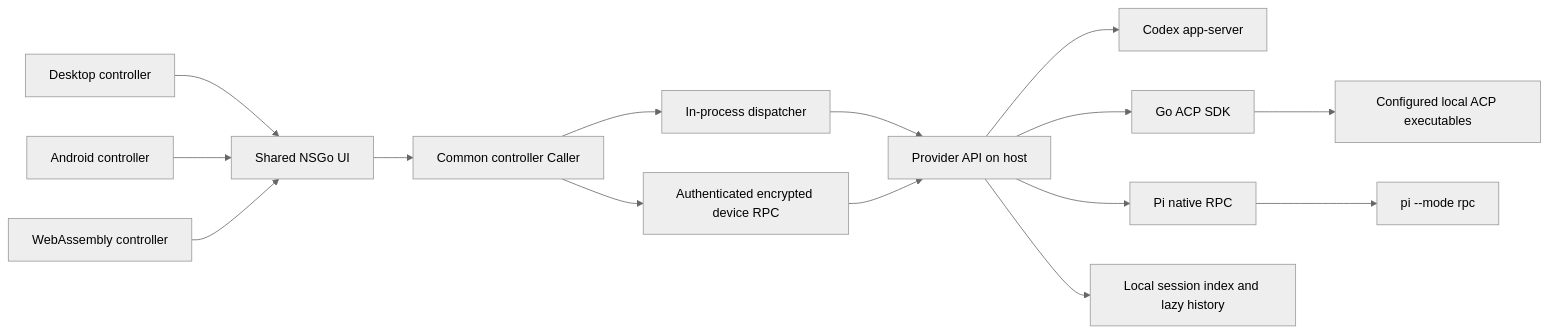
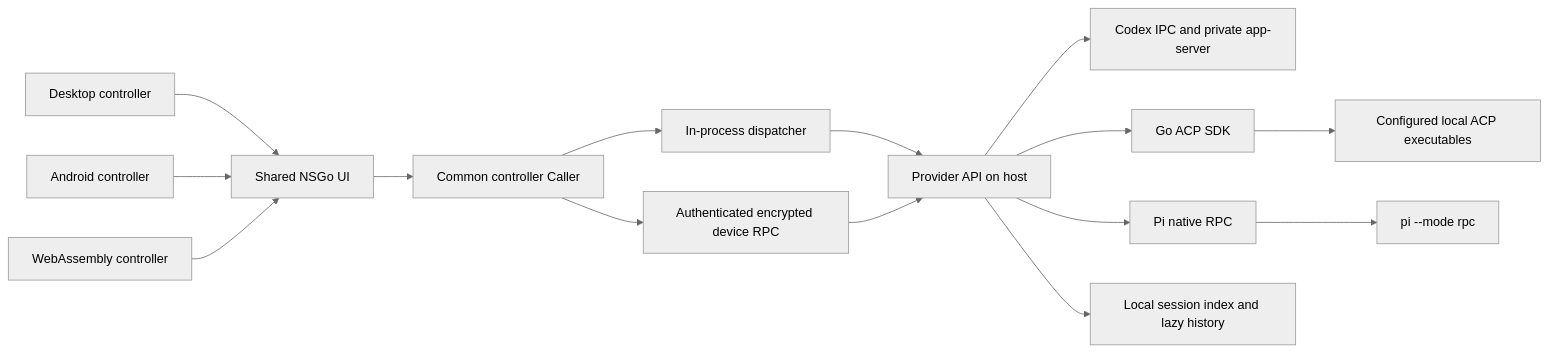
The diagram in docs/platform/agent-providers.md (monkeyWie/reign), drawn with Mermaid (neutral theme) before and after one commit. The commit also changed other lines of this file and 164 other files, not shown here.

````diff
--- a/docs/platform/agent-providers.md
+++ b/docs/platform/agent-providers.md
@@ -22,17 +22,17 @@
 ```mermaid
 flowchart LR
   Desktop[Desktop controller] --> UI[Shared NSGo UI]
   Mobile[Android controller] --> UI
   Web[WebAssembly controller] --> UI
   UI --> Call[Common controller Caller]
   Call --> Local[In-process dispatcher]
   Call --> RPC[Authenticated encrypted device RPC]
   Local --> Providers[Provider API on host]
   RPC --> Providers
-  Providers --> Codex[Codex app-server]
+  Providers --> Codex[Codex IPC and private app-server]
   Providers --> ACP[Go ACP SDK]
   Providers --> Pi[Pi native RPC]
   ACP --> Commands[Configured local ACP executables]
   Pi --> PiCLI[pi --mode rpc]
   Providers --> SQLite[Local session index and lazy history]
 ```
````
